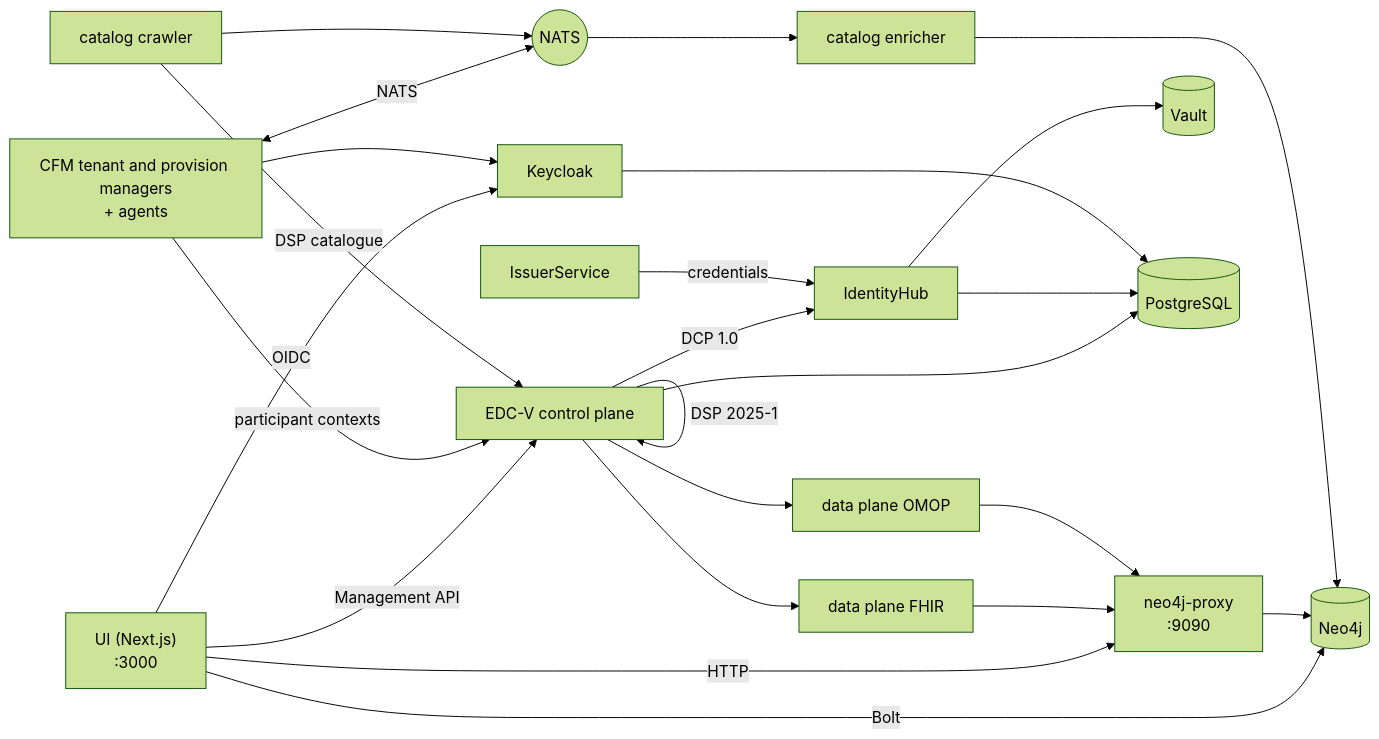
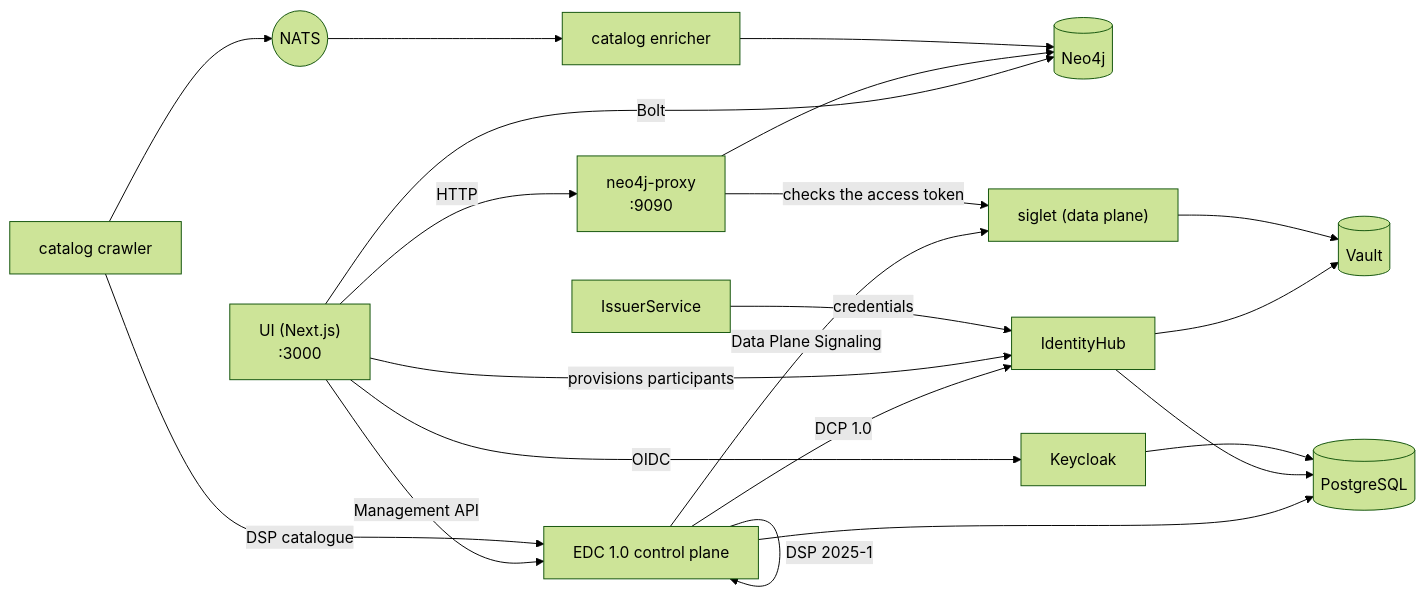
Before and after one commit to ma3u/MinimumViableHealthDataspacev2: the diagram in docs/developer/stack-and-environment.md, drawn with Mermaid (forest theme). The commit also changed other lines of this file and 56 other files, not shown here.

````diff
--- a/docs/developer/stack-and-environment.md
+++ b/docs/developer/stack-and-environment.md
@@ -57,26 +57,23 @@
 ```mermaid
 flowchart LR
     UI["UI (Next.js)<br/>:3000"] -->|Bolt| NEO[(Neo4j)]
     UI -->|HTTP| PROXY["neo4j-proxy<br/>:9090"]
-    UI -->|Management API| CP["EDC-V control plane"]
+    UI -->|Management API| CP["EDC 1.0 control plane"]
     UI -->|OIDC| KC["Keycloak"]
     PROXY --> NEO
     CP -->|DSP 2025-1| CP
-    CP --> DPF["data plane FHIR"]
-    CP --> DPO["data plane OMOP"]
-    DPF --> PROXY
-    DPO --> PROXY
+    CP -->|Data Plane Signaling| SIG["siglet (data plane)"]
+    PROXY -->|checks the access token| SIG
     CP -->|DCP 1.0| IH["IdentityHub"]
+    UI -->|provisions participants| IH
     IS["IssuerService"] -->|credentials| IH
     IH --> VAULT[("Vault")]
-    CFM["CFM tenant and provision managers<br/>+ agents"] -->|participant contexts| CP
-    CFM --> KC
-    CFM <-->|NATS| NATS(("NATS"))
+    SIG --> VAULT
     CRAWL["catalog crawler"] -->|DSP catalogue| CP
-    CRAWL --> NATS
+    CRAWL --> NATS(("NATS"))
     NATS --> ENR["catalog enricher"]
     ENR --> NEO
     CP --> PG[("PostgreSQL")]
     IH --> PG
     KC --> PG
 ```
````
